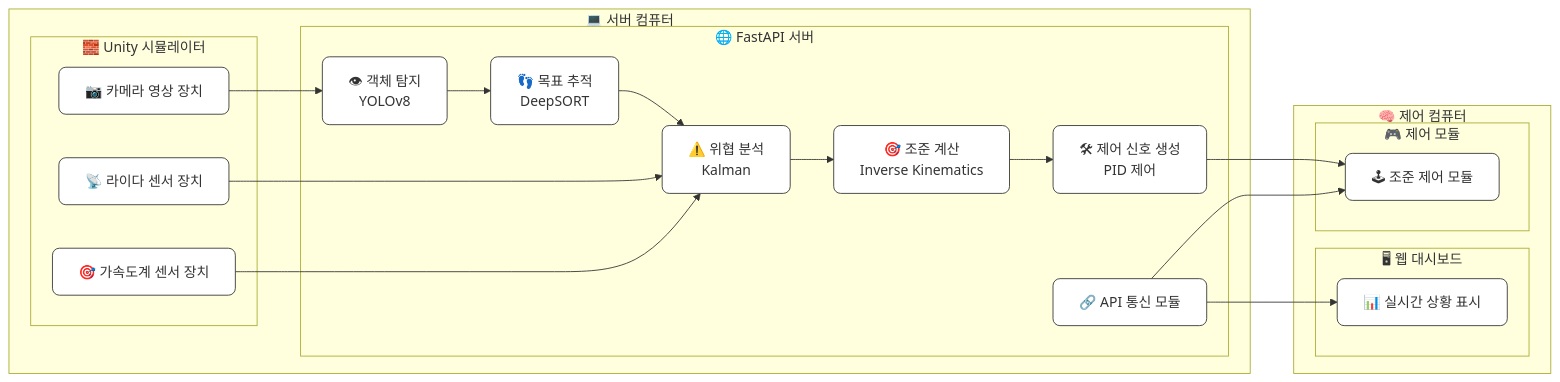
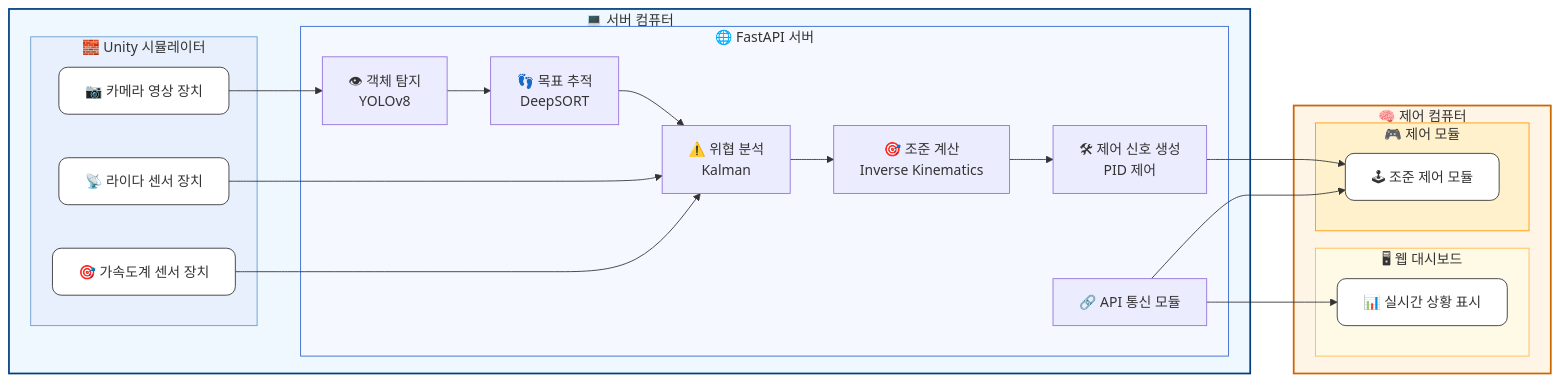
One commit to Rotem-Third-Project/Battlefield-object-recognition-learning-model changed the diagram in 요구사항정의서.md. Above: the diagram before and after it, drawn with Mermaid.

Commit message:
style: 서브그래프 배경 및 노드 둥글기 스타일 추가

````diff
--- a/요구사항정의서.md
+++ b/요구사항정의서.md
@@ -42,50 +42,59 @@
 ```mermaid
 flowchart LR
 
     %% 💻 서버 컴퓨터 그룹
     subgraph Server_Computer ["💻 서버 컴퓨터"]
         subgraph Simulator ["🧱 Unity 시뮬레이터"]
             Cam[📷 카메라 영상 장치]
             Lidar[📡 라이다 센서 장치]
             IMU[🎯 가속도계 센서 장치]
         end
 
         subgraph FastAPI_Service ["🌐 FastAPI 서버"]
             Detect[👁 객체 탐지\nYOLOv8]
             Track[👣 목표 추적\nDeepSORT]
             Threat[⚠️ 위협 분석\nKalman]
             Aiming[🎯 조준 계산\nInverse Kinematics]
             ControlGen[🛠 제어 신호 생성\nPID 제어]
             APIConn[🔗 API 통신 모듈]
 
             Detect --> Track
             Track --> Threat
         end
     end
 
     %% 🧠 제어 컴퓨터 그룹
     subgraph Control_Computer ["🧠 제어 컴퓨터"]
         subgraph Control_Loop ["🎮 제어 모듈"]
             Controller[🕹 조준 제어 모듈]
         end
 
         subgraph Monitor_UI ["🖥 웹 대시보드"]
             Dashboard[📊 실시간 상황 표시]
         end
     end
 
     %% 연결 관계
     Cam --> Detect
     Lidar --> Threat
     IMU --> Threat
 
     Threat --> Aiming
     Aiming --> ControlGen
     ControlGen --> Controller
     APIConn --> Controller
     APIConn --> Dashboard
 
-    %% 스타일 지정 (선택적)
-    classDef nodeStyle fill:#FFFFFF,stroke:#333,stroke-width:1px,rx:8,ry:8;
-    class Cam,Lidar,IMU,Detect,Track,Threat,Aiming,ControlGen,APIConn,Controller,Dashboard nodeStyle;
+    %% 스타일: 서브그래프 배경
+    style Server_Computer fill:#F0F8FF,stroke:#004080,stroke-width:2px
+    style Simulator fill:#E8F0FE,stroke:#6699CC,stroke-width:1px
+    style FastAPI_Service fill:#F5F9FF,stroke:#3366CC,stroke-width:1px
+
+    style Control_Computer fill:#FFF5E6,stroke:#CC6600,stroke-width:2px
+    style Control_Loop fill:#FFF1CC,stroke:#FF9900,stroke-width:1px
+    style Monitor_UI fill:#FFFAE6,stroke:#FFB84D,stroke-width:1px
+
+    %% 노드 둥글기 스타일
+    classDef round_node fill:#FFFFFF,stroke:#333,stroke-width:1px,rx:10,ry:10;
+    class Cam,Lidar,IMU,Controller,Dashboard round_node;
 ```
````
